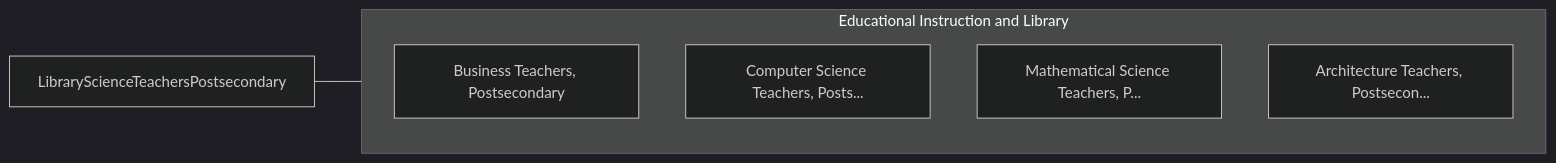
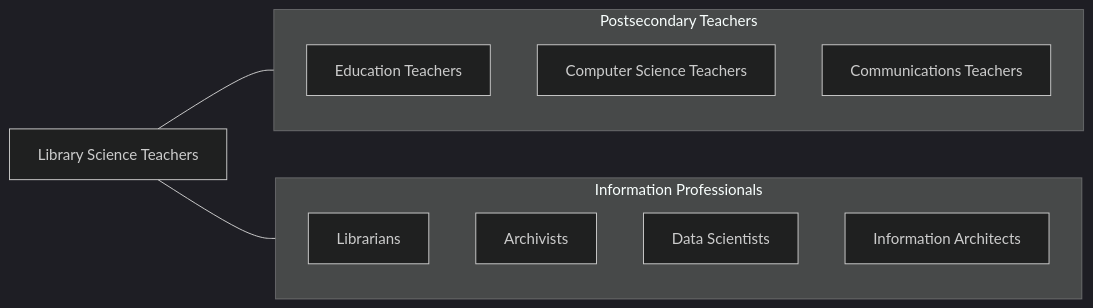
Before and after one commit to kziemski/business.org.ai: the fourth of 4 diagrams in occupations/Education/LibraryScienceTeachersPostsecondary.mdx, drawn with Mermaid (dark theme). The commit also changed other lines of this file and 938 other files, not shown here.

````diff
--- a/occupations/Education/LibraryScienceTeachersPostsecondary.mdx
+++ b/occupations/Education/LibraryScienceTeachersPostsecondary.mdx
@@ -96,13 +170,20 @@
 ```mermaid
 graph LR
-    Current["LibraryScienceTeachersPostsecondary"]
+    Current["Library Science Teachers"]
 
-    subgraph SameCategory["Educational Instruction and Library"]
-        BusinessTeachersPost["Business Teachers, Postsecondary"]
-        ComputerScienceTeach["Computer Science Teachers, Posts..."]
-        MathematicalScienceT["Mathematical Science Teachers, P..."]
-        ArchitectureTeachers["Architecture Teachers, Postsecon..."]
+    subgraph SameCategory["Postsecondary Teachers"]
+        Education["Education Teachers"]
+        CS["Computer Science Teachers"]
+        Communications["Communications Teachers"]
+    end
+
+    subgraph CrossFunctional["Information Professionals"]
+        Librarians["Librarians"]
+        Archivists["Archivists"]
+        DataManagers["Data Scientists"]
+        InfoArch["Information Architects"]
     end
 
     Current --- SameCategory
+    Current --- CrossFunctional
 ```
````
